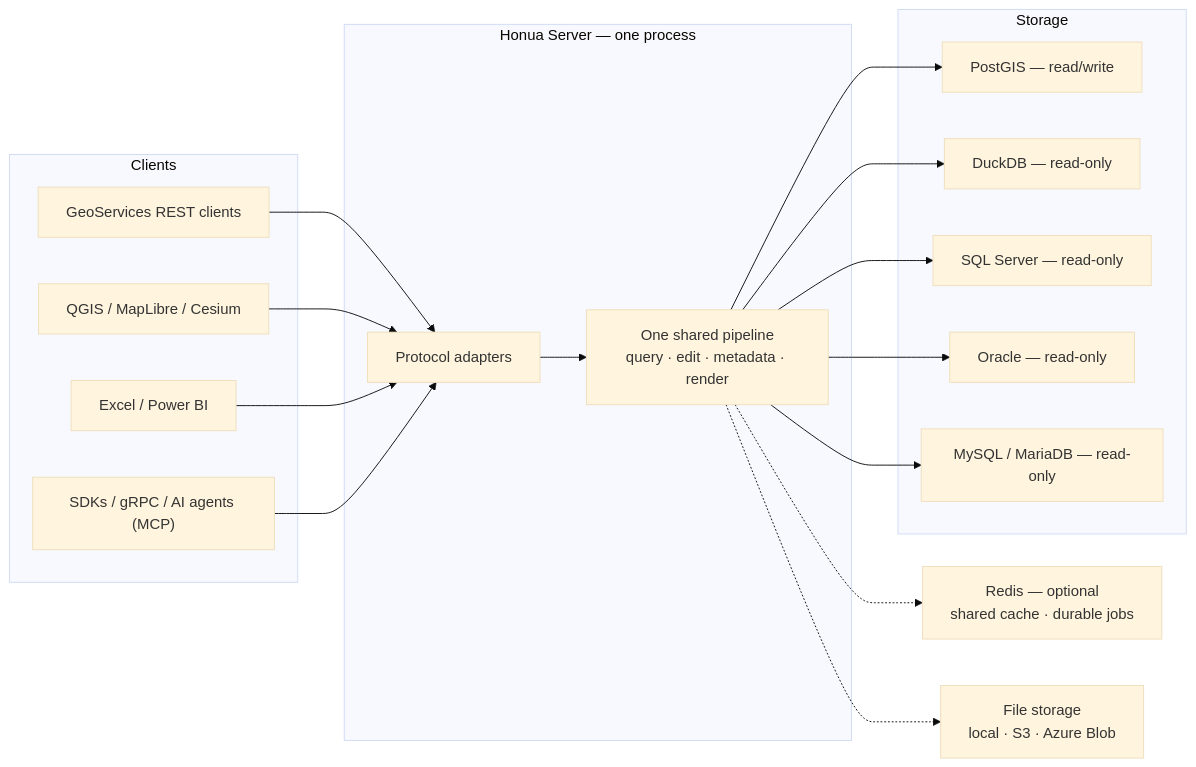
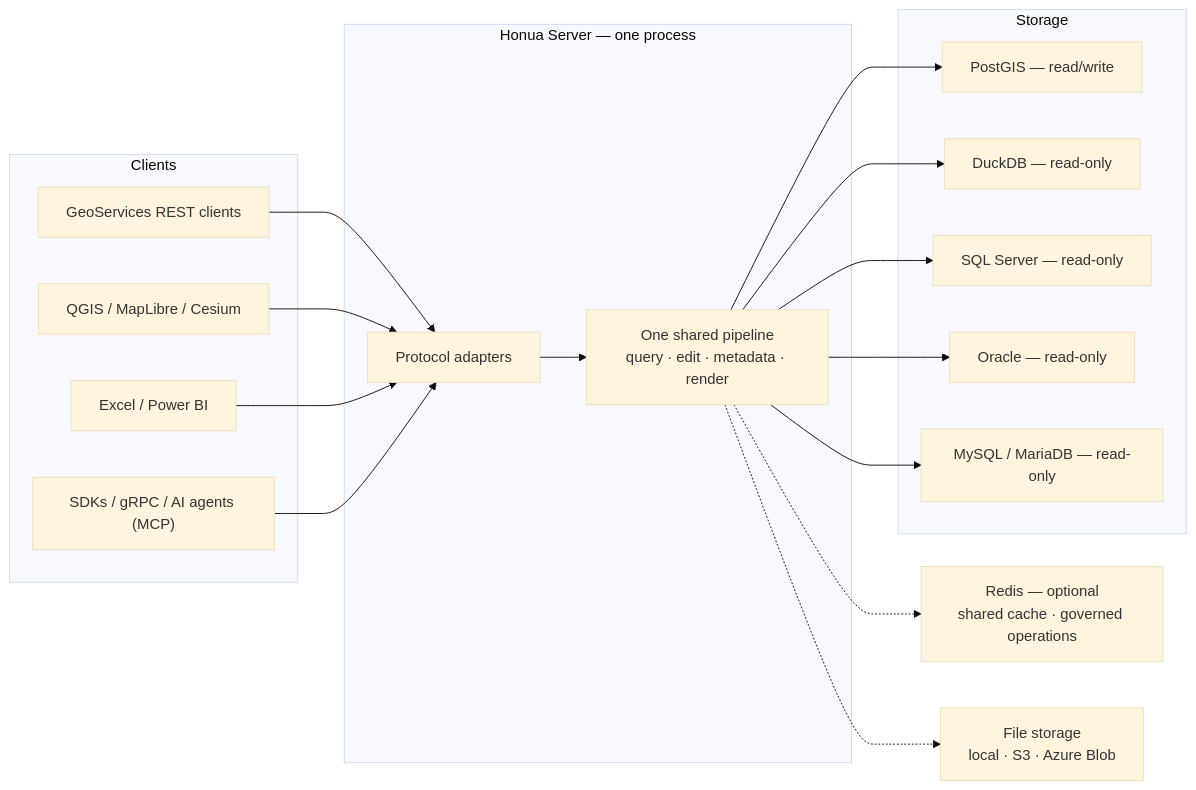
The diagram in docs/concepts/architecture.md (honua-io/honua-server), drawn with Mermaid (base theme) before and after one commit. The commit also changed other lines of this file and 25 other files, not shown here.

Commit message:
wip: converted job tests, no-Redis durable runtime tests, docs and worker smoke on PostgreSQL (unbuilt) (#6809)

````diff
--- a/docs/concepts/architecture.md
+++ b/docs/concepts/architecture.md
@@ -25,40 +25,40 @@
 ```mermaid
 flowchart LR
   subgraph clients["Clients"]
     geoservices["GeoServices REST clients"]
     ogc["QGIS / MapLibre / Cesium"]
     bi["Excel / Power BI"]
     sdk["SDKs / gRPC / AI agents (MCP)"]
   end
 
   subgraph server["Honua Server — one process"]
     adapters["Protocol adapters"]
     pipeline["One shared pipeline<br/>query · edit · metadata · render"]
     adapters --> pipeline
   end
 
   subgraph storage["Storage"]
     postgis["PostGIS — read/write"]
     duckdb["DuckDB — read-only"]
     mssql["SQL Server — read-only"]
     oracle["Oracle — read-only"]
     mysql["MySQL / MariaDB — read-only"]
   end
 
-  redis["Redis — optional<br/>shared cache · durable jobs"]
+  redis["Redis — optional<br/>shared cache · governed operations"]
   files["File storage<br/>local · S3 · Azure Blob"]
 
   geoservices --> adapters
   ogc --> adapters
   bi --> adapters
   sdk --> adapters
 
   pipeline --> postgis
   pipeline --> duckdb
   pipeline --> mssql
   pipeline --> oracle
   pipeline --> mysql
 
   pipeline -.-> redis
   pipeline -.-> files
 ```
````
